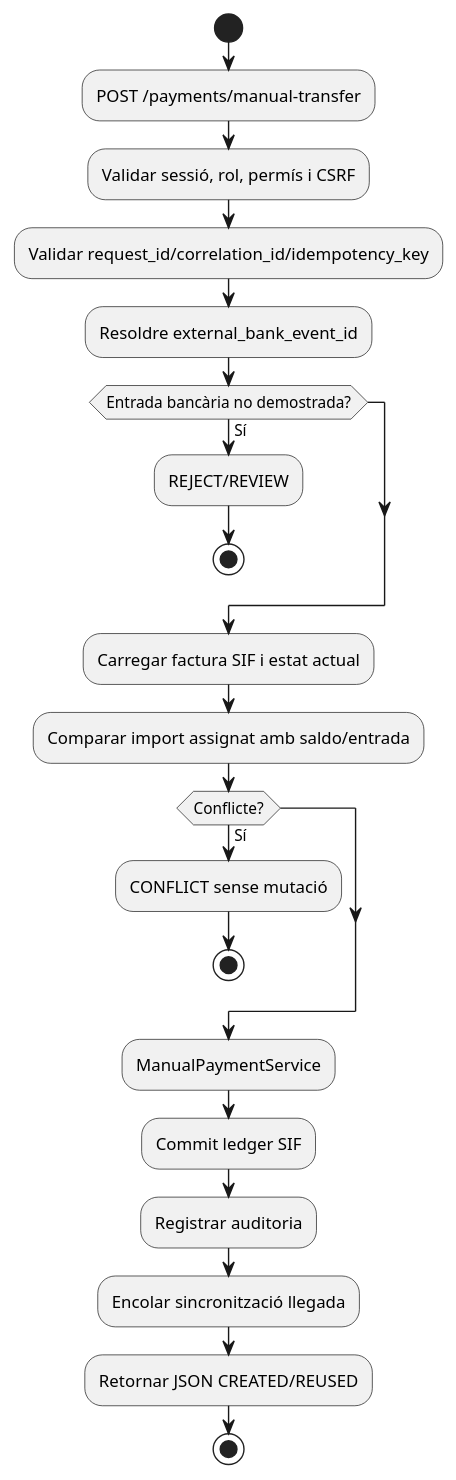
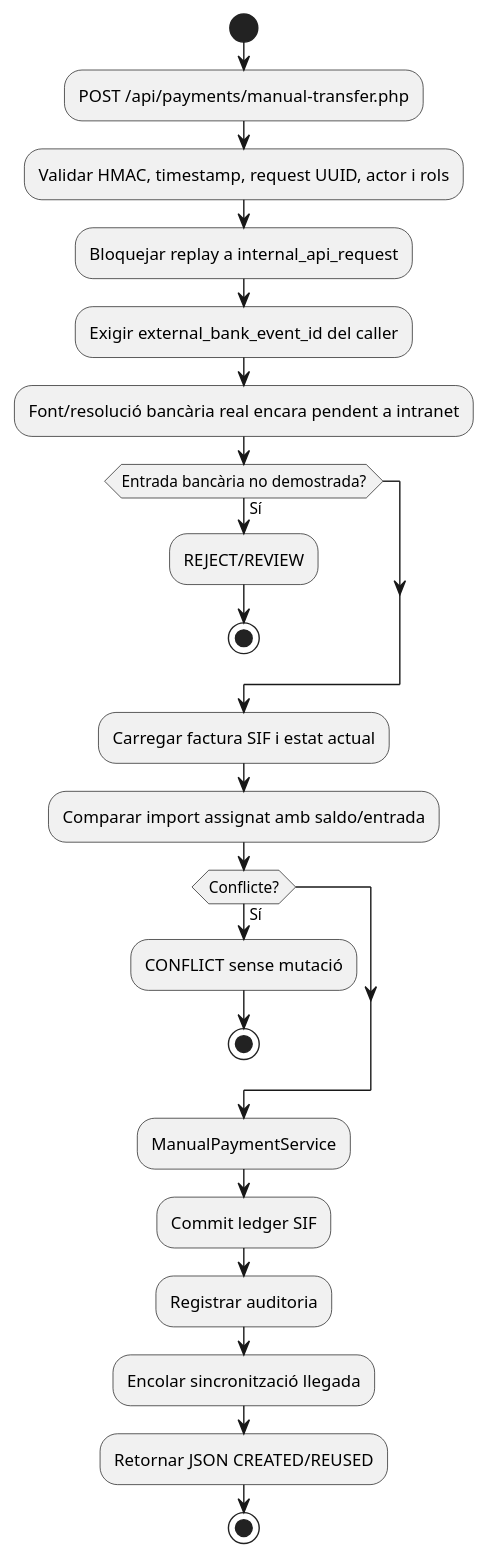
One commit to orgmeriemprismacat-del/verifactu changed the fifth of 6 diagrams in documentacio/07-uml-integrat/uc-022-activitats-pagines-actual-final.md. Above: the diagram before and after it, drawn with PlantUML. The commit also changed other lines of this file, not shown here.

Commit message:
docs(uc-022): reconcile UML with secure endpoint implementation

````diff
--- a/documentacio/07-uml-integrat/uc-022-activitats-pagines-actual-final.md
+++ b/documentacio/07-uml-integrat/uc-022-activitats-pagines-actual-final.md
@@ -118,25 +118,26 @@
 ```plantuml
 @startuml
 start
-:POST /payments/manual-transfer;
-:Validar sessió, rol, permís i CSRF;
-:Validar request_id/correlation_id/idempotency_key;
-:Resoldre external_bank_event_id;
+ :POST /api/payments/manual-transfer.php;
+:Validar HMAC, timestamp, request UUID, actor i rols;
+:Bloquejar replay a internal_api_request;
+ :Exigir external_bank_event_id del caller;
+:Font/resolució bancària real encara pendent a intranet;
 if (Entrada bancària no demostrada?) then (Sí)
  :REJECT/REVIEW;
  stop
 endif
 :Carregar factura SIF i estat actual;
 :Comparar import assignat amb saldo/entrada;
 if (Conflicte?) then (Sí)
  :CONFLICT sense mutació;
  stop
 endif
 :ManualPaymentService;
 :Commit ledger SIF;
 :Registrar auditoria;
 :Encolar sincronització llegada;
 :Retornar JSON CREATED/REUSED;
 stop
 @enduml
 ```
````
